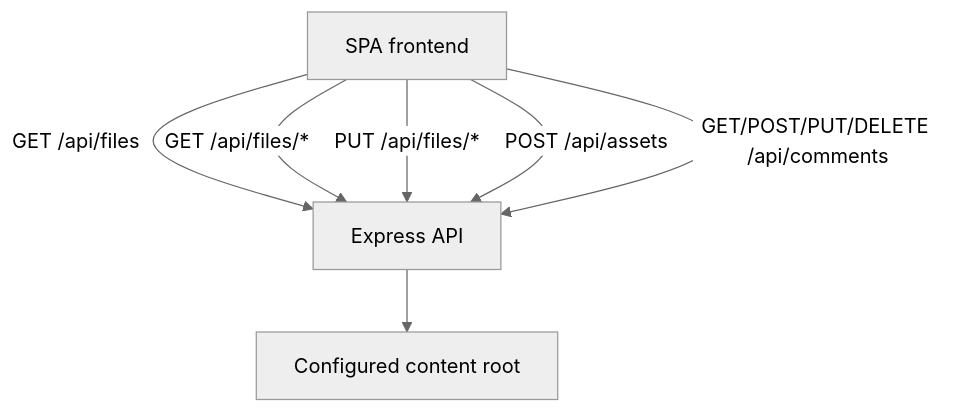
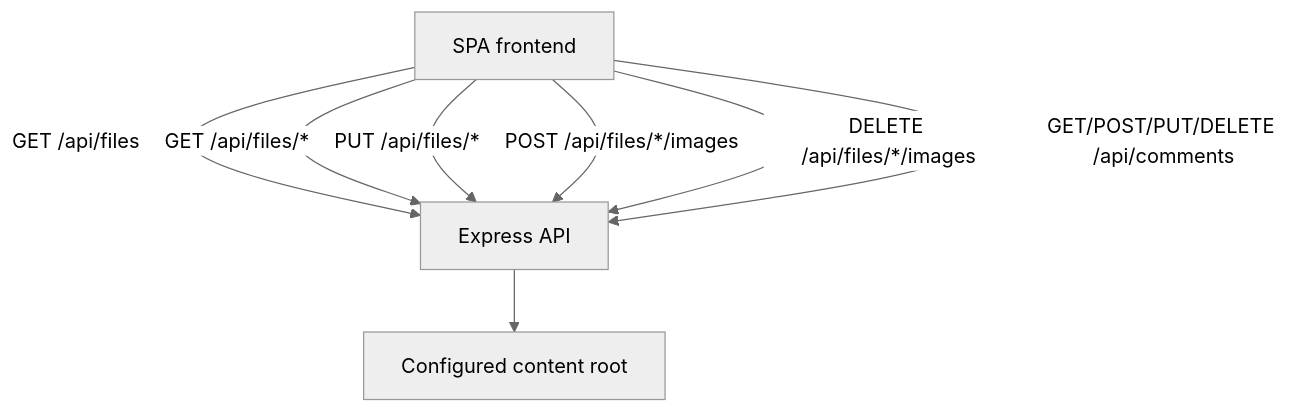
Before and after one commit to kamilkabir9/markdown_view: the diagram in readme.md, drawn with Mermaid (neutral theme). The commit also changed other lines of this file and 20 other files, not shown here.

````diff
--- a/readme.md
+++ b/readme.md
@@ -5,9 +7,10 @@
 ```mermaid
 graph TD;
     Browser[SPA frontend] -->|GET /api/files| API[Express API]
     Browser -->|GET /api/files/*| API
     Browser -->|PUT /api/files/*| API
-    Browser -->|POST /api/assets| API
+    Browser -->|POST /api/files/*/images| API
+    Browser -->|DELETE /api/files/*/images| API
     Browser -->|GET/POST/PUT/DELETE /api/comments| API
     API --> Filesystem[Configured content root]
 ```
````
